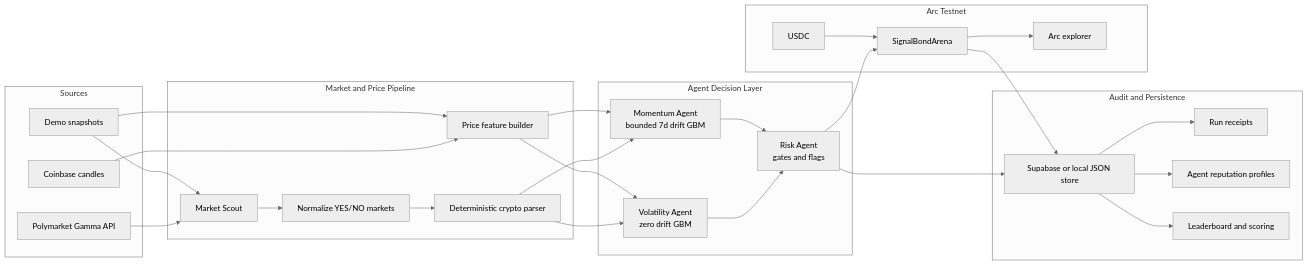
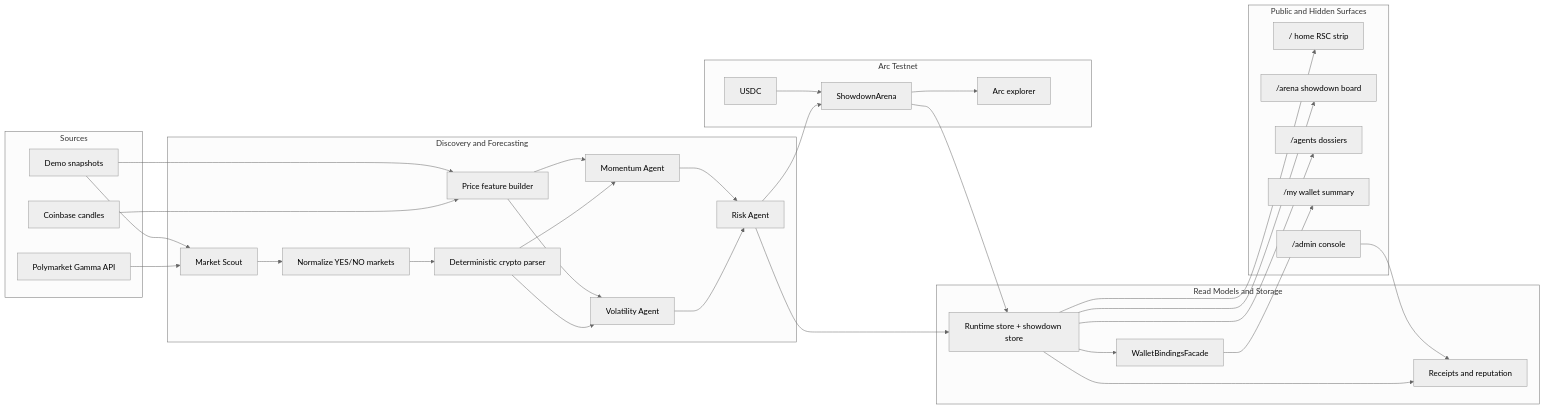
The first of 2 diagrams in README.md (fangTiger/PredictArena), drawn with Mermaid (neutral theme) before and after one commit. The commit also changed other lines of this file and 4 other files, not shown here.

````diff
--- a/README.md
+++ b/README.md
@@ -25,54 +20,62 @@
 ```mermaid
 flowchart LR
   subgraph Sources
     P["Polymarket Gamma API"]
     C["Coinbase candles"]
     D["Demo snapshots"]
   end
 
-  subgraph MarketPipeline["Market and Price Pipeline"]
+  subgraph Pipeline["Discovery and Forecasting"]
     S["Market Scout"]
     N["Normalize YES/NO markets"]
     R["Deterministic crypto parser"]
     F["Price feature builder"]
+    V["Volatility Agent"]
+    M["Momentum Agent"]
+    G["Risk Agent"]
   end
 
-  subgraph Agents["Agent Decision Layer"]
-    V["Volatility Agent<br/>zero drift GBM"]
-    M["Momentum Agent<br/>bounded 7d drift GBM"]
-    G["Risk Agent<br/>gates and flags"]
+  subgraph Storage["Read Models and Storage"]
+    Store["Runtime store + showdown store"]
+    Wallet["WalletBindingsFacade"]
+    Receipt["Receipts and reputation"]
   end
 
-  subgraph Persistence["Audit and Persistence"]
-    Store["Supabase or local JSON store"]
-    Receipt["Run receipts"]
-    Reputation["Agent reputation profiles"]
-    Leaderboard["Leaderboard and scoring"]
+  subgraph Surfaces["Public and Hidden Surfaces"]
+    Home["/ home RSC strip"]
+    Arena["/arena showdown board"]
+    Agents["/agents dossiers"]
+    My["/my wallet summary"]
+    Admin["/admin console"]
   end
 
   subgraph Arc["Arc Testnet"]
-    Contract["SignalBondArena"]
+    Contract["ShowdownArena"]
     USDC["USDC"]
     Explorer["Arc explorer"]
   end
 
   P --> S
   D --> S
   S --> N --> R
   C --> F
   D --> F
   R --> V
   R --> M
   F --> V
   F --> M
   V --> G
   M --> G
   G --> Store
+  Store --> Home
+  Store --> Arena
+  Store --> Agents
   Store --> Receipt
-  Store --> Reputation
-  Store --> Leaderboard
+  Store --> Wallet
+  Wallet --> My
+  Admin --> Receipt
   G --> Contract
   USDC --> Contract
   Contract --> Store
   Contract --> Explorer
 ```
````
